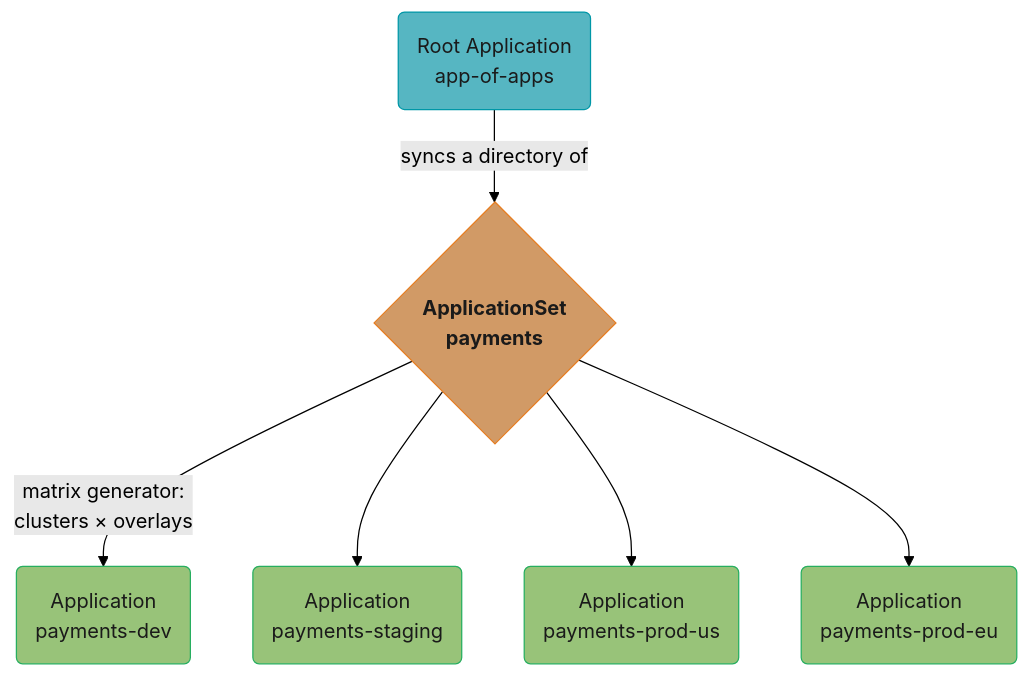
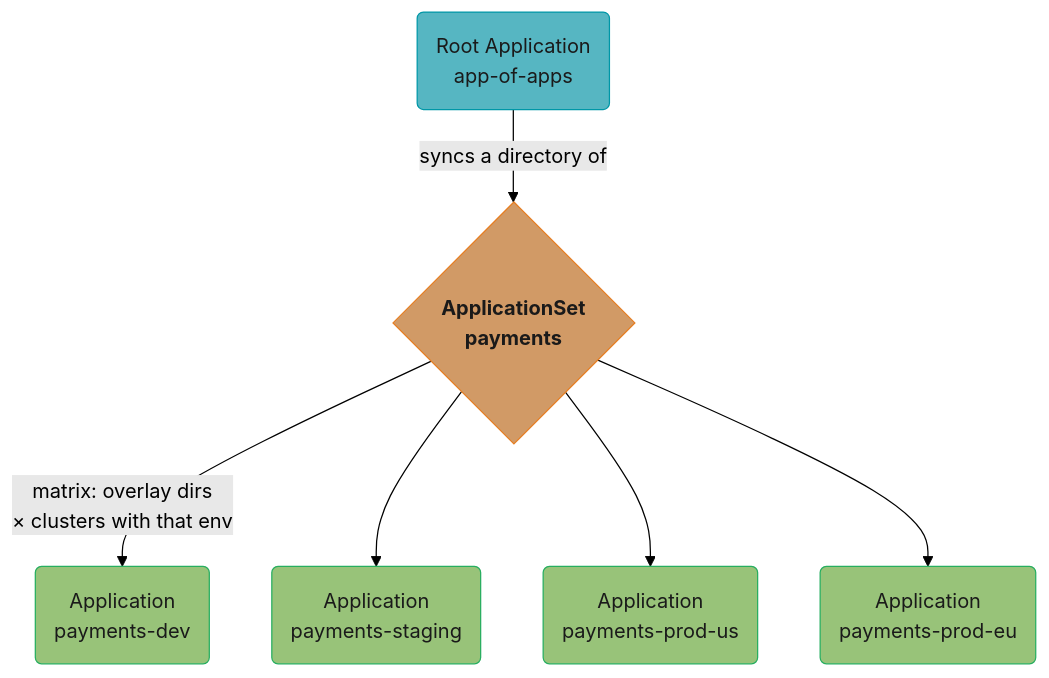
One commit to rppol/system-design changed the fourth of 6 diagrams in src/main/java/com/rutik/systemdesign/devops/case_studies/design_gitops_delivery_pipeline.md. Above: the diagram before and after it, drawn with Mermaid (forest theme). The commit also changed other lines of this file and 2 other files, not shown here.

````diff
--- a/src/main/java/com/rutik/systemdesign/devops/case_studies/design_gitops_delivery_pipeline.md
+++ b/src/main/java/com/rutik/systemdesign/devops/case_studies/design_gitops_delivery_pipeline.md
@@ -297,20 +297,20 @@
 ```mermaid
 flowchart TD
     classDef io      fill:#61afef,stroke:#2e86c1,color:#1a1a1a,font-weight:bold
     classDef frozen  fill:#c678dd,stroke:#9b59b6,color:#fff
     classDef train   fill:#98c379,stroke:#27ae60,color:#1a1a1a
     classDef mathOp  fill:#d19a66,stroke:#e67e22,color:#1a1a1a,font-weight:bold
     classDef lossN   fill:#e06c75,stroke:#c0392b,color:#fff,font-weight:bold
     classDef req     fill:#56b6c2,stroke:#0097a7,color:#1a1a1a
     classDef base    fill:#e5c07b,stroke:#f39c12,color:#1a1a1a
 
     Root(Root Application<br/>app-of-apps) -->|"syncs a directory of"| AppSet{"ApplicationSet<br/>payments"}
-    AppSet -->|"matrix generator:<br/>clusters × overlays"| Dev(Application<br/>payments-dev)
+    AppSet -->|"matrix: overlay dirs<br/>× clusters with that env"| Dev(Application<br/>payments-dev)
     AppSet --> Staging(Application<br/>payments-staging)
     AppSet --> ProdUS(Application<br/>payments-prod-us)
     AppSet --> ProdEU(Application<br/>payments-prod-eu)
 
     class Root req
     class AppSet mathOp
     class Dev,Staging,ProdUS,ProdEU train
 ```
````
